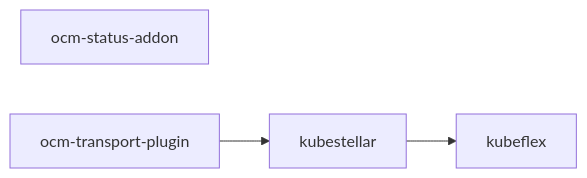
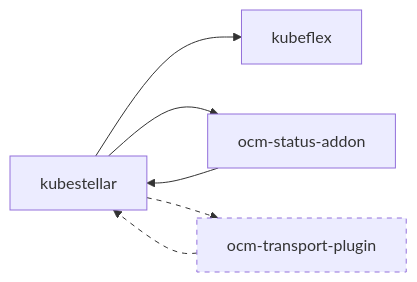
The first of 4 diagrams in docs/content/v0.20/packaging.md (kubestellar/kubestellar), drawn with Mermaid before and after one commit. The commit also changed other lines of this file, not shown here.

````diff
--- a/docs/content/v0.20/packaging.md
+++ b/docs/content/v0.20/packaging.md
@@ -9,6 +9,11 @@
 ```mermaid
 flowchart LR
     kubestellar --> kubeflex
-    ocm-status-addon
+    kubestellar --> ocm-status-addon
+    ocm-status-addon --> kubestellar
     ocm-transport-plugin --> kubestellar
+    style ocm-transport-plugin stroke-dasharray: 5 5
+    kubestellar --> ocm-transport-plugin
+    linkStyle 3 stroke-dasharray: 5 5
+    linkStyle 4 stroke-dasharray: 5 5
 ```
````
